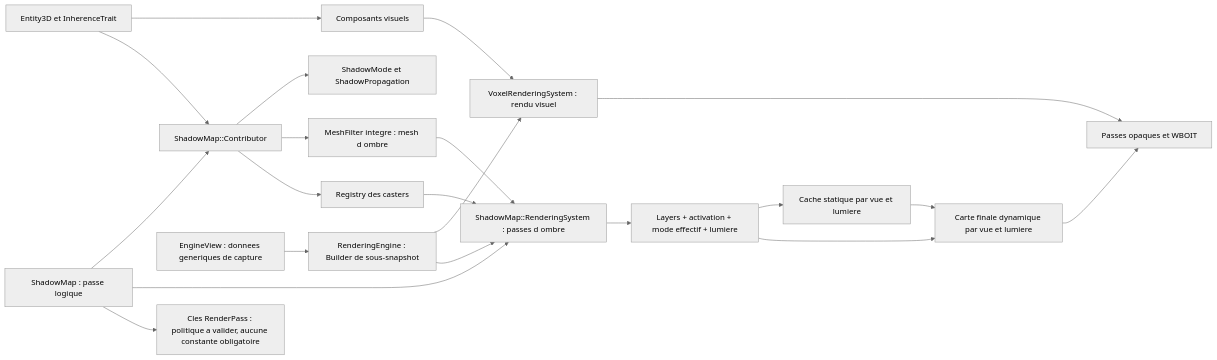
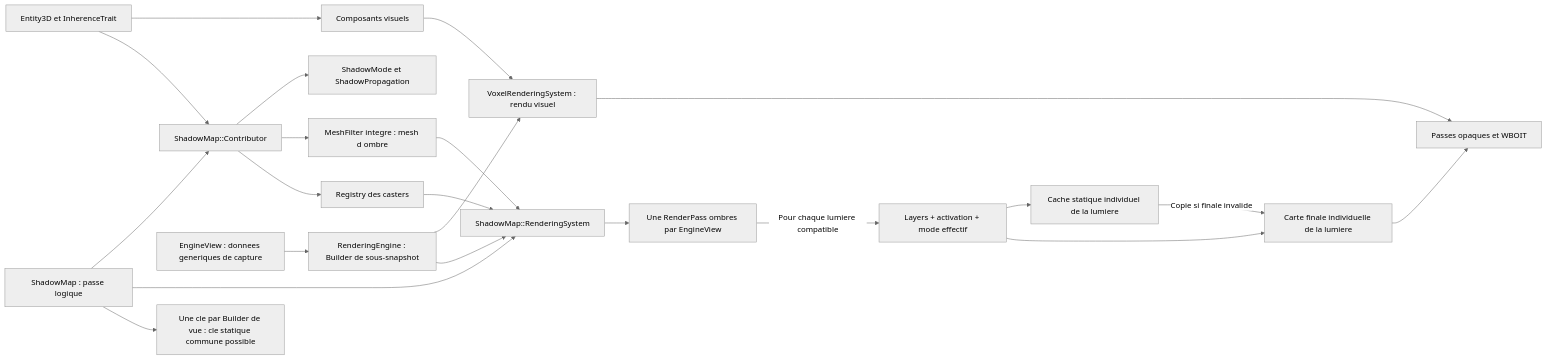
One commit to EreliaStudio/Sparkle changed the seventh of 15 diagrams in docs/voxel-engine-v0.1.4-specification.md. Above: the diagram before and after it, drawn with Mermaid (neutral theme). The commit also changed other lines of this file, not shown here.

Commit message:
docs(v0.1.4): one shared shadow RenderPass per EngineView with per-light independent caches

````diff
--- a/docs/voxel-engine-v0.1.4-specification.md
+++ b/docs/voxel-engine-v0.1.4-specification.md
@@ -603,23 +627,24 @@
 ```mermaid
 flowchart LR
   Entity["Entity3D et InherenceTrait"] --> Visual["Composants visuels"]
   Entity --> ShadowComp["ShadowMap::Contributor"]
   M["ShadowMap : passe logique"] --> ShadowComp
   M --> SR
-  M --> PassKey["Cles RenderPass : politique a valider, aucune constante obligatoire"]
+  M --> PassKey["Une cle par Builder de vue : cle statique commune possible"]
   ShadowComp --> ShadowMode["ShadowMode et ShadowPropagation"]
   ShadowComp --> Filter["MeshFilter integre : mesh d ombre"]
   Visual --> VR["VoxelRenderingSystem : rendu visuel"]
   VR --> Scene["Passes opaques et WBOIT"]
   ShadowComp --> Registry["Registry des casters"]
-  Registry --> SR["ShadowMap::RenderingSystem : passes d ombre"]
-  SR --> Checks["Layers + activation + mode effectif + lumiere"]
+  Registry --> SR["ShadowMap::RenderingSystem"]
   Filter --> SR
-  Checks --> SM["Cache statique par vue et lumiere"]
-  Checks --> FM["Carte finale dynamique par vue et lumiere"]
-  SM --> FM
+  SR --> RP["Une RenderPass ombres par EngineView"]
+  RP -->|"Pour chaque lumiere compatible"| Checks["Layers + activation + mode effectif"]
+  Checks --> SM["Cache statique individuel de la lumiere"]
+  SM -->|"Copie si finale invalide"| FM["Carte finale individuelle de la lumiere"]
+  Checks --> FM
   FM --> Scene
   View["EngineView : donnees generiques de capture"] --> Builder["RenderingEngine : Builder de sous-snapshot"]
   Builder --> VR
   Builder --> SR
 ```
````
